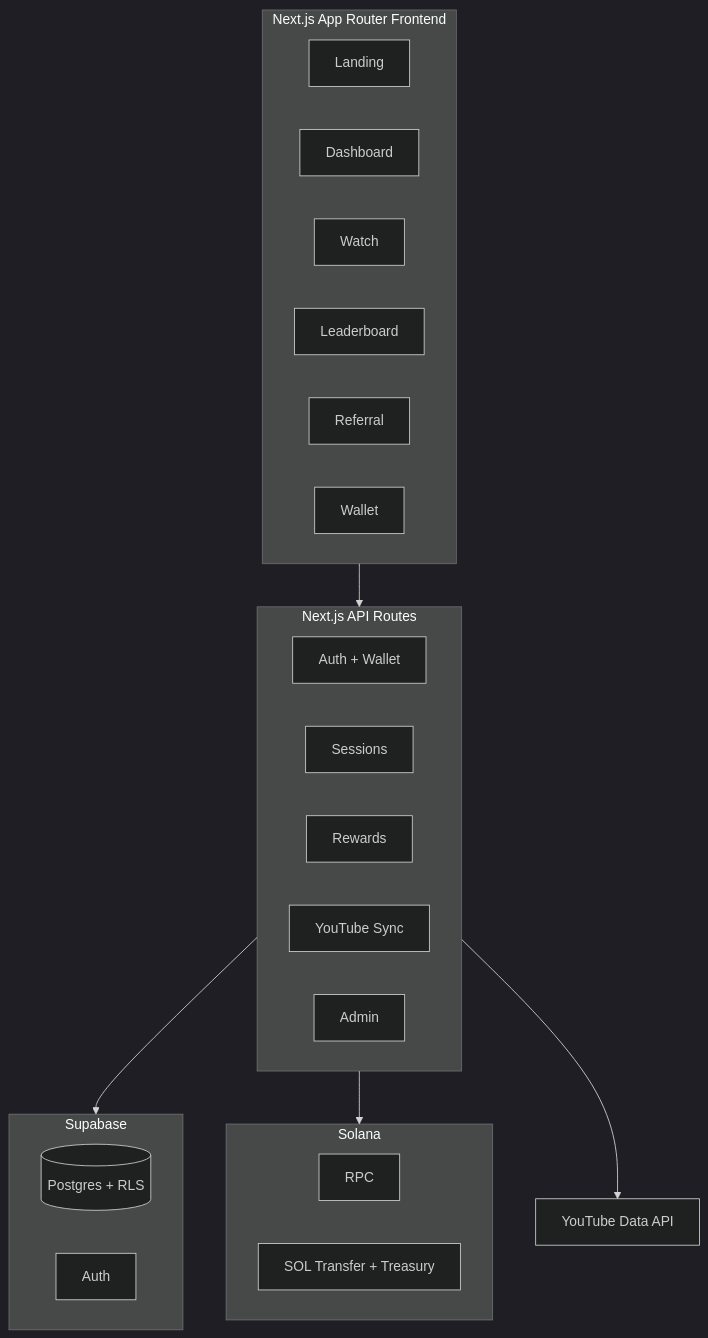
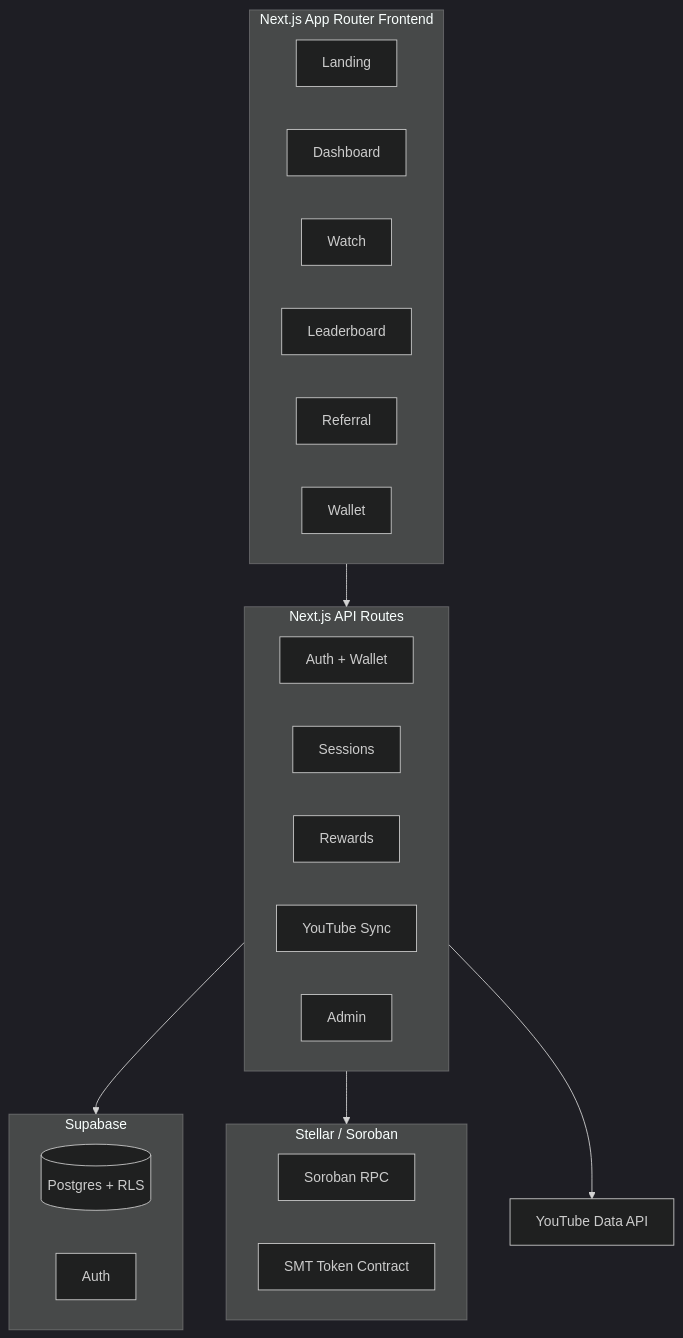
One commit to artomily/samono changed the third of 4 diagrams in README.md. Above: the diagram before and after it, drawn with Mermaid (dark theme). The commit also changed other lines of this file and 77 other files, not shown here.

First line of the commit message:
feat: add Stellar/Soroban token functionality and configuration

````diff
--- a/README.md
+++ b/README.md
@@ -89,36 +94,36 @@
 ```mermaid
 flowchart TB
 	subgraph Frontend[Next.js App Router Frontend]
 		LP[Landing]
 		DB[Dashboard]
 		WT[Watch]
 		LB[Leaderboard]
 		RF[Referral]
 		WL[Wallet]
 	end
 
 	subgraph API[Next.js API Routes]
 		AUTH[Auth + Wallet]
 		SES[Sessions]
 		REW[Rewards]
 		YTS[YouTube Sync]
 		ADM[Admin]
 	end
 
 	subgraph Data[Supabase]
 		PG[(Postgres + RLS)]
 		AU[Auth]
 	end
 
-	subgraph Chain[Solana]
-		RPC[RPC]
-		TOK[SOL Transfer + Treasury]
+	subgraph Chain[Stellar / Soroban]
+		RPC[Soroban RPC]
+		TOK[SMT Token Contract]
 	end
 
 	YT[YouTube Data API]
 
 	Frontend --> API
 	API --> Data
 	API --> Chain
 	API --> YT
 ```
````
